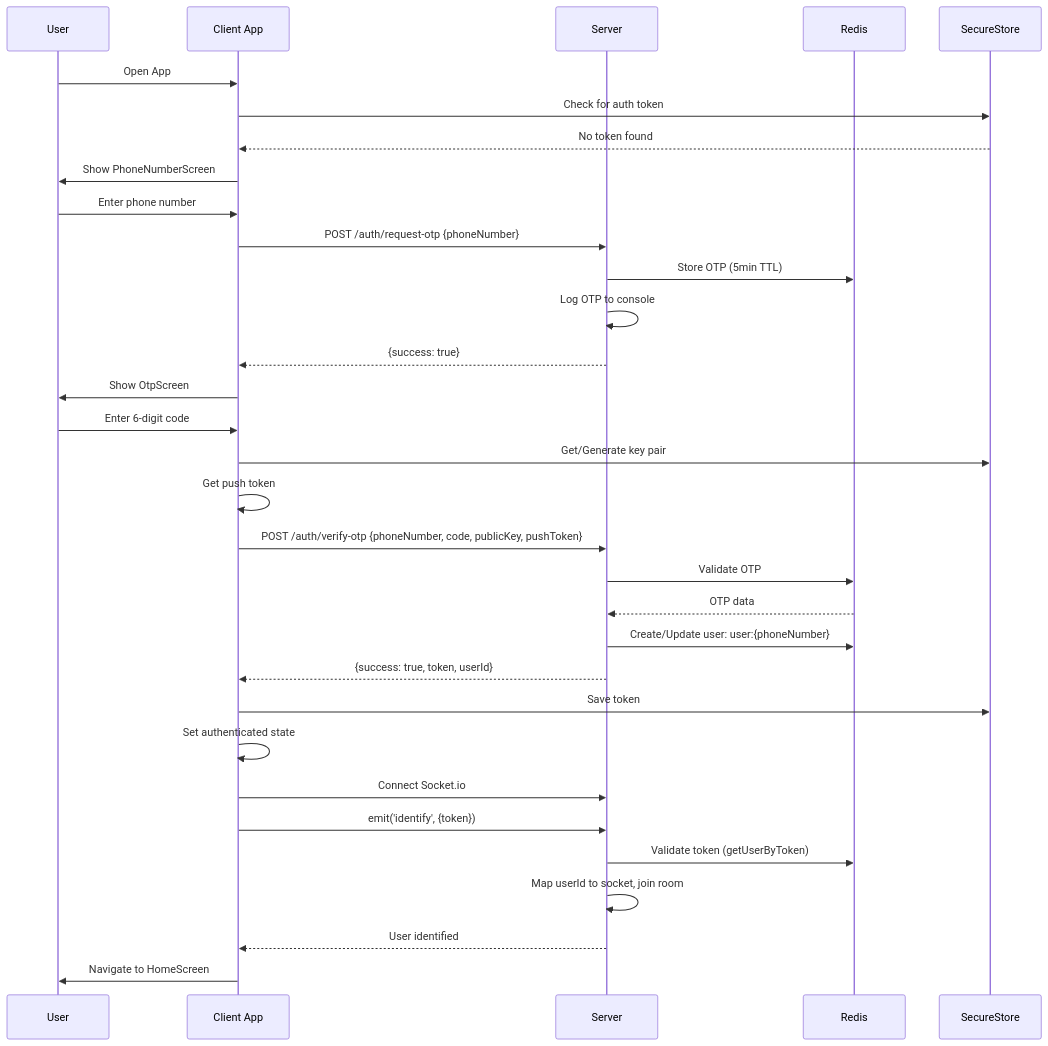
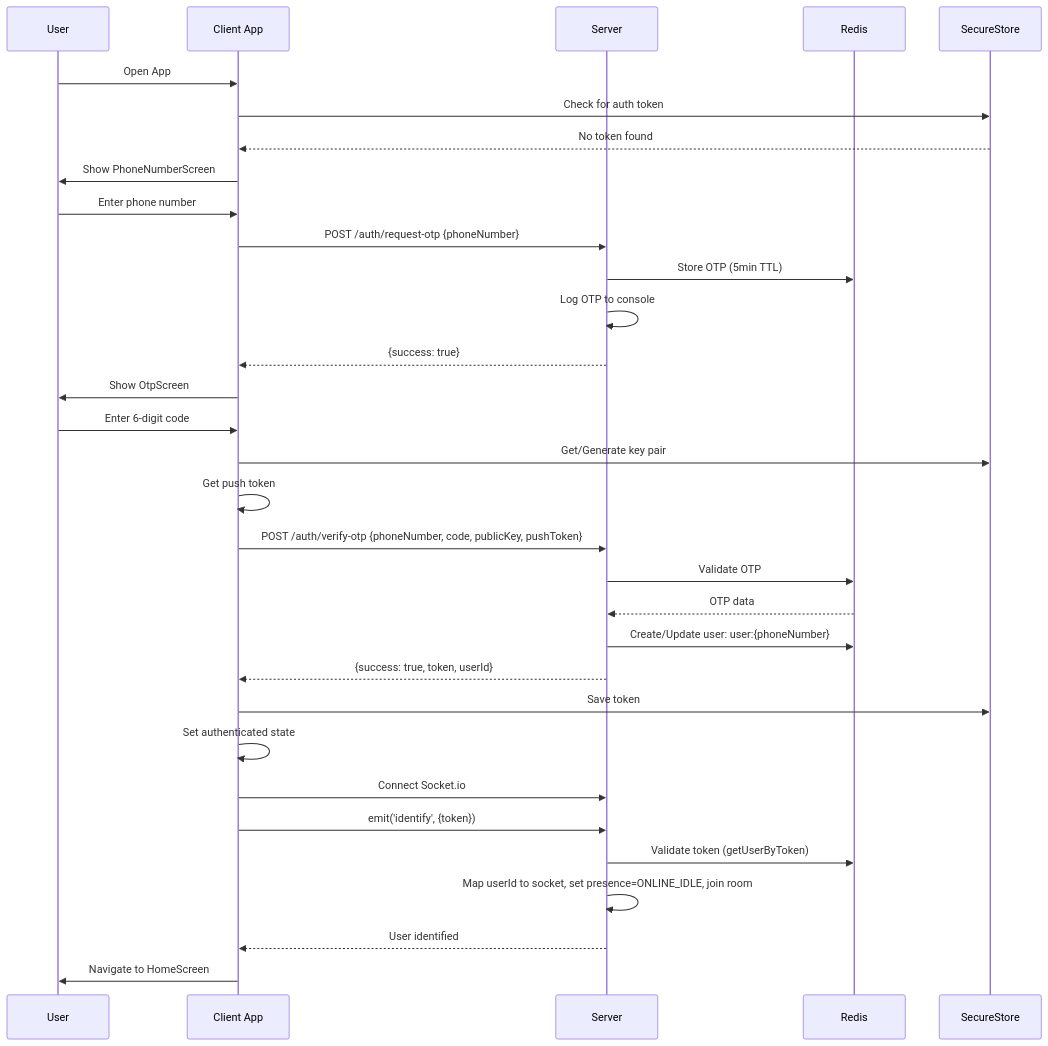
One commit to bwakea77/purple-box changed the first of 3 diagrams in PROJECT_DOCUMENTATION.md. Above: the diagram before and after it, drawn with Mermaid. The commit also changed other lines of this file and 15 other files, not shown here.

````diff
--- a/PROJECT_DOCUMENTATION.md
+++ b/PROJECT_DOCUMENTATION.md
@@ -71,35 +90,35 @@
 ```mermaid
 sequenceDiagram
     participant U as User
     participant C as Client App
     participant S as Server
     participant R as Redis
     participant SS as SecureStore
 
     U->>C: Open App
     C->>SS: Check for auth token
     SS-->>C: No token found
     C->>U: Show PhoneNumberScreen
     U->>C: Enter phone number
     C->>S: POST /auth/request-otp {phoneNumber}
     S->>R: Store OTP (5min TTL)
     S->>S: Log OTP to console
     S-->>C: {success: true}
     C->>U: Show OtpScreen
     U->>C: Enter 6-digit code
     C->>SS: Get/Generate key pair
     C->>C: Get push token
     C->>S: POST /auth/verify-otp {phoneNumber, code, publicKey, pushToken}
     S->>R: Validate OTP
     R-->>S: OTP data
     S->>R: Create/Update user: user:{phoneNumber}
     S-->>C: {success: true, token, userId}
     C->>SS: Save token
     C->>C: Set authenticated state
     C->>S: Connect Socket.io
     C->>S: emit('identify', {token})
     S->>R: Validate token (getUserByToken)
-    S->>S: Map userId to socket, join room
+    S->>S: Map userId to socket, set presence=ONLINE_IDLE, join room
     S-->>C: User identified
     C->>U: Navigate to HomeScreen
 ```
````
